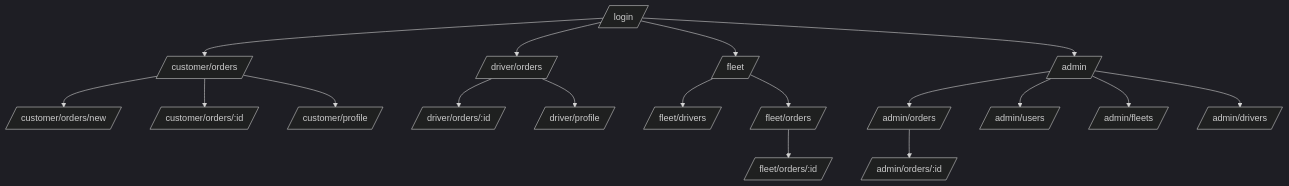
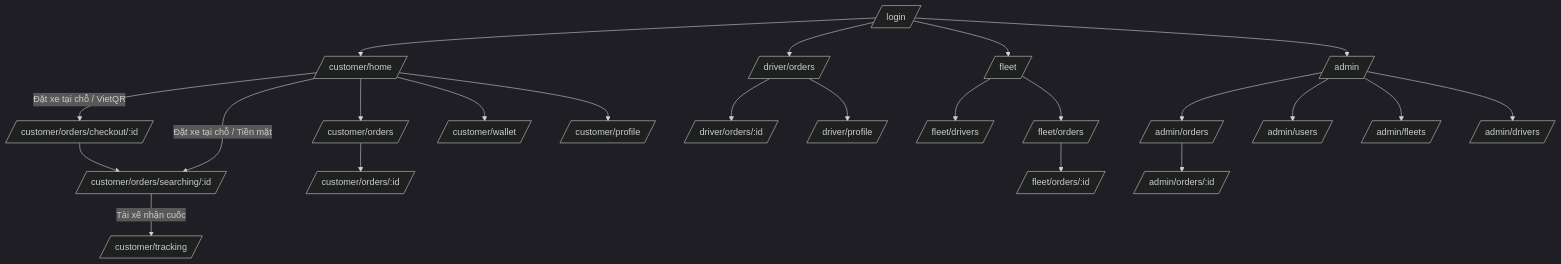
One commit to truongcongtu318/leopard changed the diagram in docs/ui/02-navigation-map.md. Above: the diagram before and after it, drawn with Mermaid (dark theme). The commit also changed other lines of this file and 2 other files, not shown here.

Commit message:
docs(ui): synchronize navigation map, screen specs, and design strategy with pure in-place customer booking flow

````diff
--- a/docs/ui/02-navigation-map.md
+++ b/docs/ui/02-navigation-map.md
@@ -3,20 +3,25 @@
 ```mermaid
 flowchart TD
-  Login[/login/] --> C[/customer/orders/]
+  Login[/login/] --> CH[/customer/home/]
   Login --> D[/driver/orders/]
   Login --> F[/fleet/]
   Login --> A[/admin/]
-  C --> CN[/customer/orders/new/]
-  C --> CD[/customer/orders/:id/]
-  C --> CP[/customer/profile/]
+  CH --> |Đặt xe tại chỗ / VietQR| CC[/customer/orders/checkout/:id/]
+  CH --> |Đặt xe tại chỗ / Tiền mặt| CS[/customer/orders/searching/:id/]
+  CC --> CS
+  CS --> |Tài xế nhận cuốc| CT[/customer/tracking/]
+  CH --> CO[/customer/orders/]
+  CH --> CW[/customer/wallet/]
+  CH --> CP[/customer/profile/]
+  CO --> COD[/customer/orders/:id/]
   D --> DD[/driver/orders/:id/]
   D --> DP[/driver/profile/]
   F --> FD[/fleet/drivers/]
   F --> FO[/fleet/orders/]
   FO --> FOD[/fleet/orders/:id/]
   A --> AO[/admin/orders/]
   A --> AU[/admin/users/]
   A --> AF[/admin/fleets/]
   A --> AD[/admin/drivers/]
   AO --> AOD[/admin/orders/:id/]
 ```
````
